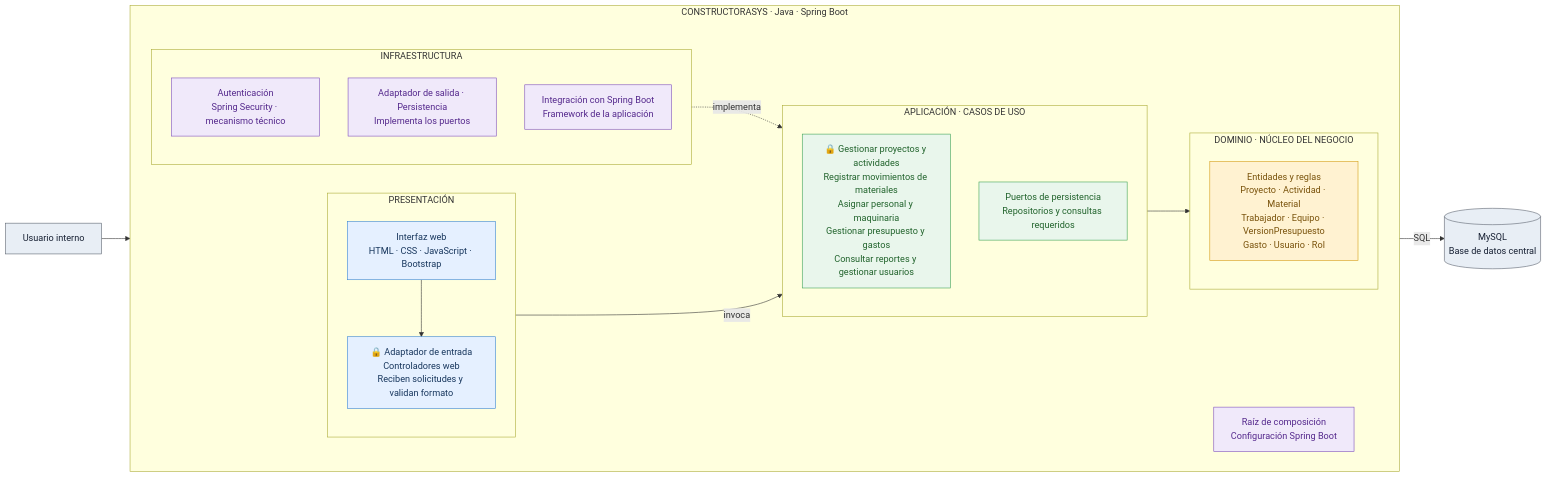
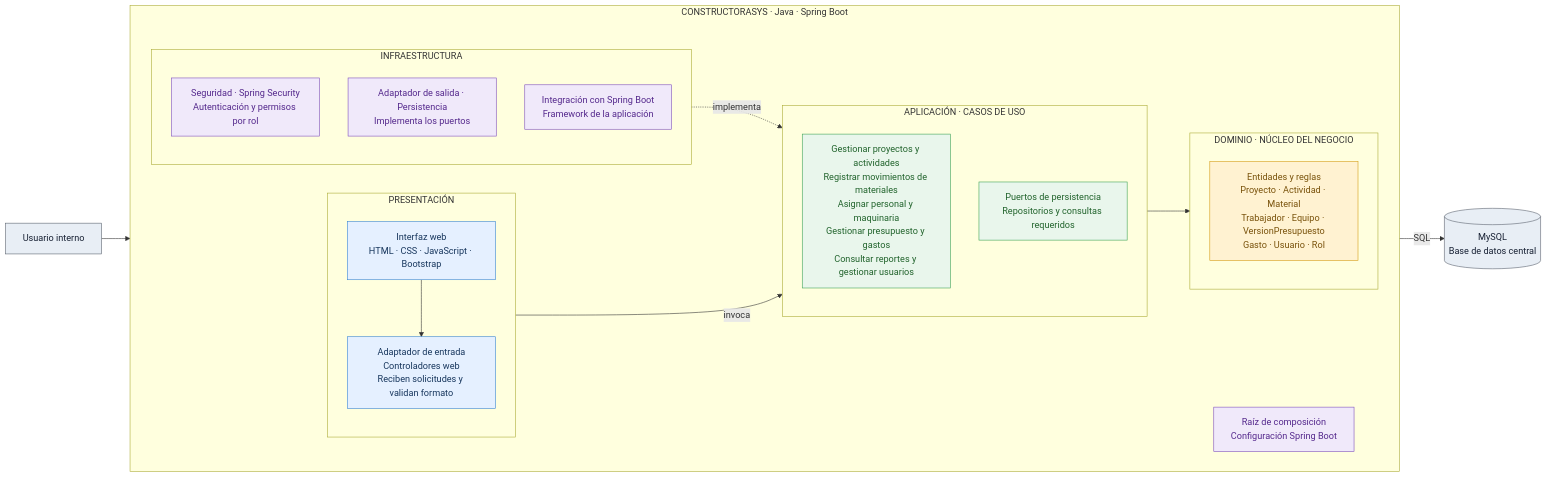
The diagram in img/fuentes/enfoque-clean-architecture.mmd (dostinarroyo/Constructora-arquitSoft-02-Dostin_Arroyo), drawn with Mermaid before and after one commit. The commit also changed 1 other file, not shown here.

Commit message:
Place security within infrastructure layer

```diff
--- a/img/fuentes/enfoque-clean-architecture.mmd
+++ b/img/fuentes/enfoque-clean-architecture.mmd
@@ -1,51 +1,51 @@
 flowchart LR
     user["Usuario interno"]
 
     subgraph app["CONSTRUCTORASYS · Java · Spring Boot"]
         direction LR
 
         subgraph presentation["PRESENTACIÓN"]
             direction TB
             web["Interfaz web<br/>HTML · CSS · JavaScript · Bootstrap"]
-            controller["🔒 Adaptador de entrada<br/>Controladores web<br/>Reciben solicitudes y validan formato"]
+            controller["Adaptador de entrada<br/>Controladores web<br/>Reciben solicitudes y validan formato"]
             web --> controller
         end
 
         subgraph application["APLICACIÓN · CASOS DE USO"]
             direction TB
-            useCases["🔒 Gestionar proyectos y actividades<br/>Registrar movimientos de materiales<br/>Asignar personal y maquinaria<br/>Gestionar presupuesto y gastos<br/>Consultar reportes y gestionar usuarios"]
+            useCases["Gestionar proyectos y actividades<br/>Registrar movimientos de materiales<br/>Asignar personal y maquinaria<br/>Gestionar presupuesto y gastos<br/>Consultar reportes y gestionar usuarios"]
             ports["Puertos de persistencia<br/>Repositorios y consultas requeridos"]
         end
 
         subgraph domain["DOMINIO · NÚCLEO DEL NEGOCIO"]
             direction TB
             entities["Entidades y reglas<br/>Proyecto · Actividad · Material<br/>Trabajador · Equipo · VersionPresupuesto<br/>Gasto · Usuario · Rol"]
         end
 
         subgraph infrastructure["INFRAESTRUCTURA"]
             direction TB
-            security["Autenticación<br/>Spring Security · mecanismo técnico"]
+            security["Seguridad · Spring Security<br/>Autenticación y permisos por rol"]
             persistence["Adaptador de salida · Persistencia<br/>Implementa los puertos"]
             framework["Integración con Spring Boot<br/>Framework de la aplicación"]
         end
         composition["Raíz de composición<br/>Configuración Spring Boot"]
     end
 
     database[("MySQL<br/>Base de datos central")]
 
     user --> web
     controller -->|"invoca"| useCases
     useCases --> entities
     persistence -.->|"implementa"| ports
     persistence -->|"SQL"| database
     classDef presentationStyle fill:#e5f0ff,stroke:#3481d1,color:#17365d
     classDef applicationStyle fill:#e9f6ec,stroke:#39a052,color:#21632c
     classDef domainStyle fill:#fff2d1,stroke:#d39a11,color:#79520b
     classDef infrastructureStyle fill:#f0e9fa,stroke:#7b4bbc,color:#54288c
     classDef externalStyle fill:#e8eef5,stroke:#59616d,color:#172033
 
     class web,controller presentationStyle
     class useCases,ports applicationStyle
     class entities domainStyle
     class security,persistence,framework,composition infrastructureStyle
     class user,database externalStyle
```
